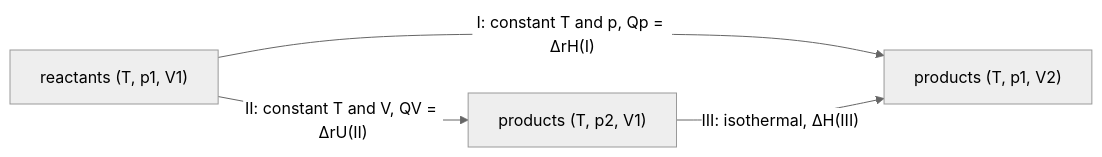
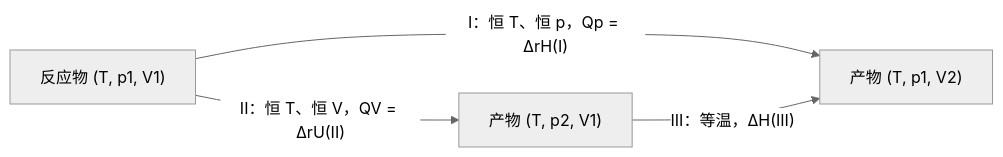
Before and after one commit to zf-li23/personal-wiki-site: the second of 2 diagrams in content/6.chemistry/6.3.physical-chemistry/6.3.1.first-law-applications/index.zh.md, drawn with Mermaid (neutral theme). The commit also changed other lines of this file and 3 other files, not shown here.

Commit message:
6.3.1–6.3.2 review: zh captions and Mermaid labels in Chinese

````diff
--- a/content/6.chemistry/6.3.physical-chemistry/6.3.1.first-law-applications/index.zh.md
+++ b/content/6.chemistry/6.3.physical-chemistry/6.3.1.first-law-applications/index.zh.md
@@ -468,6 +468,6 @@
 ```mermaid
 flowchart LR
-  R["reactants (T, p1, V1)"] -->|"I: constant T and p, Qp = ΔrH(I)"| P1["products (T, p1, V2)"]
-  R -->|"II: constant T and V, QV = ΔrU(II)"| P2["products (T, p2, V1)"]
-  P2 -->|"III: isothermal, ΔH(III)"| P1
+  R["反应物 (T, p1, V1)"] -->|"I：恒 T、恒 p，Qp = ΔrH(I)"| P1["产物 (T, p1, V2)"]
+  R -->|"II：恒 T、恒 V，QV = ΔrU(II)"| P2["产物 (T, p2, V1)"]
+  P2 -->|"III：等温，ΔH(III)"| P1
 ```
````
